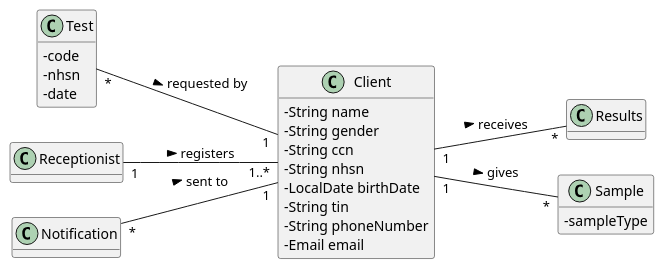
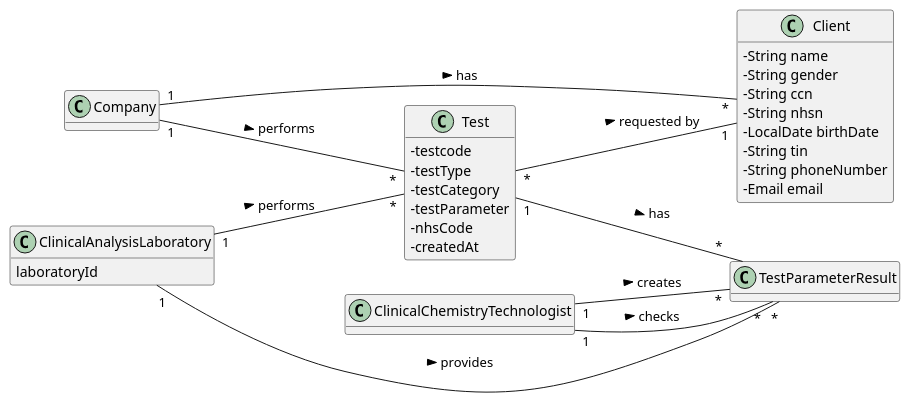
One commit to marttuga/LAPR4-SmartSystems changed the diagram in docs/Sprint2/US1002/US1002_MD.puml. Above: the diagram before and after it, drawn with PlantUML. The commit also changed 7 other files, not shown here.

```diff
--- a/docs/Sprint2/US1002/US1002_MD.puml
+++ b/docs/Sprint2/US1002/US1002_MD.puml
@@ -1,43 +1,52 @@
 @startuml
 hide methods
 left to right direction
 skinparam classAttributeIconSize 0
 
 
 class Client {
   -String name
   -String gender
   -String ccn
   -String nhsn
   -LocalDate birthDate
   -String tin
   -String phoneNumber
   -Email email
 }
 
 class Test {
-  -code
-  -nhsn
-  -date
+  -testcode
+  -testType
+  -testCategory
+  -testParameter
+  -nhsCode
+  -createdAt
 }
 
-class Receptionist {
 
+class TestParameterResult{
 }
 
-class Results{
+
+'Attributes for Class ClinicalAnalysisLaboratory'
+class ClinicalAnalysisLaboratory {
+laboratoryId
 }
 
-class Sample {
-  -sampleType
+class ClinicalChemistryTechnologist{
 }
 
-class Notification{
- }
 
-Receptionist "1" -- "1..*" Client : registers >
-Client "1" -- "*" Results : receives >
-Client "1" -- "*" Sample : gives >
+
+Company "1" -- "*" Test : performs >
+Company "1" -- "*" Client : has >
+ClinicalAnalysisLaboratory "1" -- "*" Test : performs >
+Test "1" -- "*" TestParameterResult : has >
 Test "*" -- "1" Client: requested by >
-Notification "*" -- "1" Client : sent to >
+ClinicalChemistryTechnologist "1" -- "*" TestParameterResult : checks >
+ClinicalChemistryTechnologist "1" -- "*" TestParameterResult : creates >
+ClinicalAnalysisLaboratory "1" -- "*" TestParameterResult : provides >
+
+
 @enduml
```
